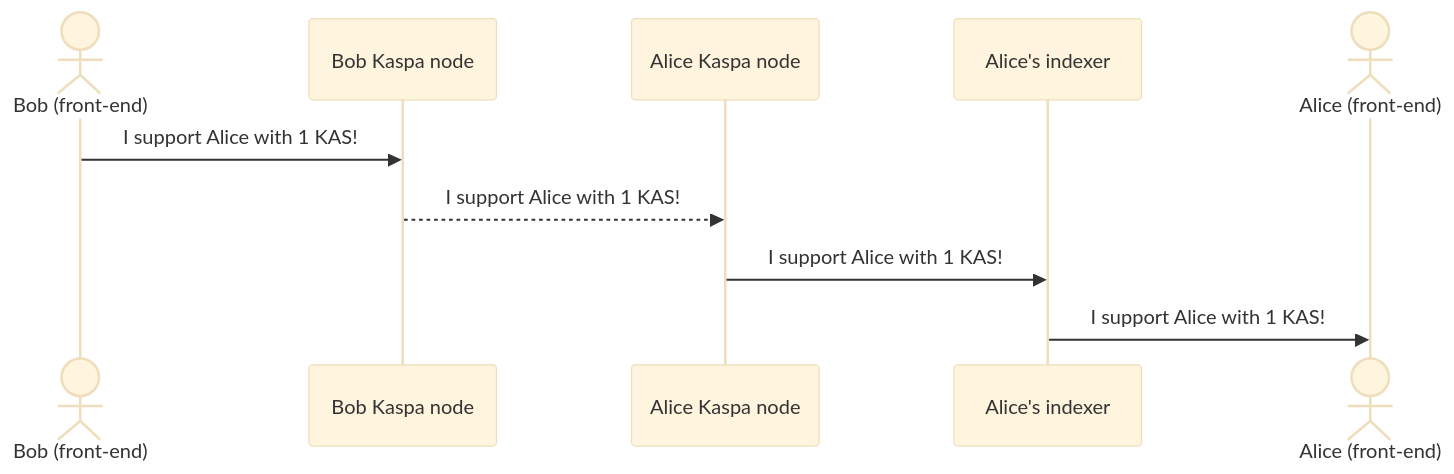
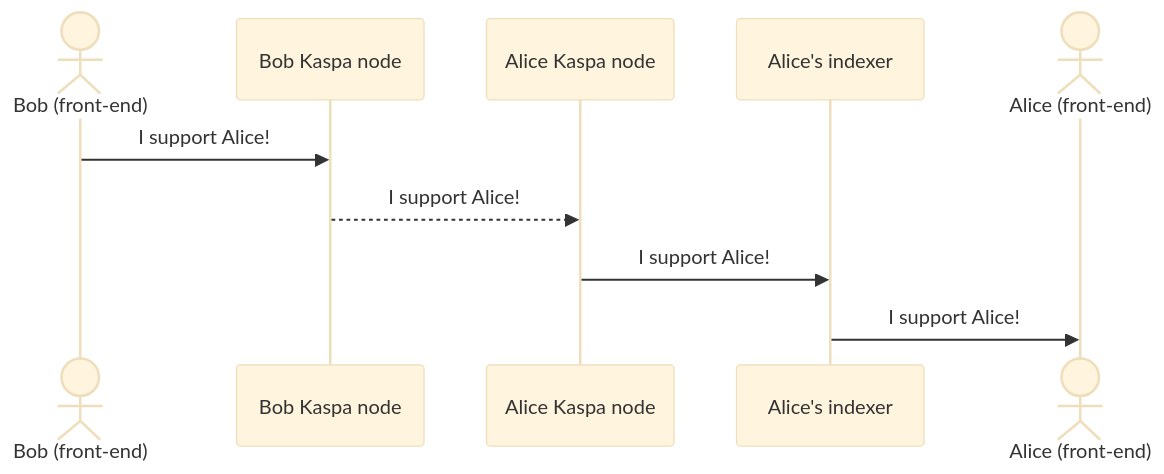
One commit to thesheepcat/kwitter changed the fourth of 9 diagrams in README.md. Above: the diagram before and after it, drawn with Mermaid (base theme). The commit also changed other lines of this file, not shown here.

````diff
--- a/README.md
+++ b/README.md
@@ -118,9 +132,9 @@
  ```mermaid
 sequenceDiagram
     actor B as Bob (front-end)
-    B->>Bob Kaspa node: I support Alice with 1 KAS!
-    Bob Kaspa node-->>Alice Kaspa node: I support Alice with 1 KAS!
-    Alice Kaspa node->>Alice's indexer: I support Alice with 1 KAS!
+    B->>Bob Kaspa node: I support Alice!
+    Bob Kaspa node-->>Alice Kaspa node: I support Alice!
+    Alice Kaspa node->>Alice's indexer: I support Alice!
     actor A as Alice (front-end)
-    Alice's indexer->>A: I support Alice with 1 KAS!
+    Alice's indexer->>A: I support Alice!
 ```
````
